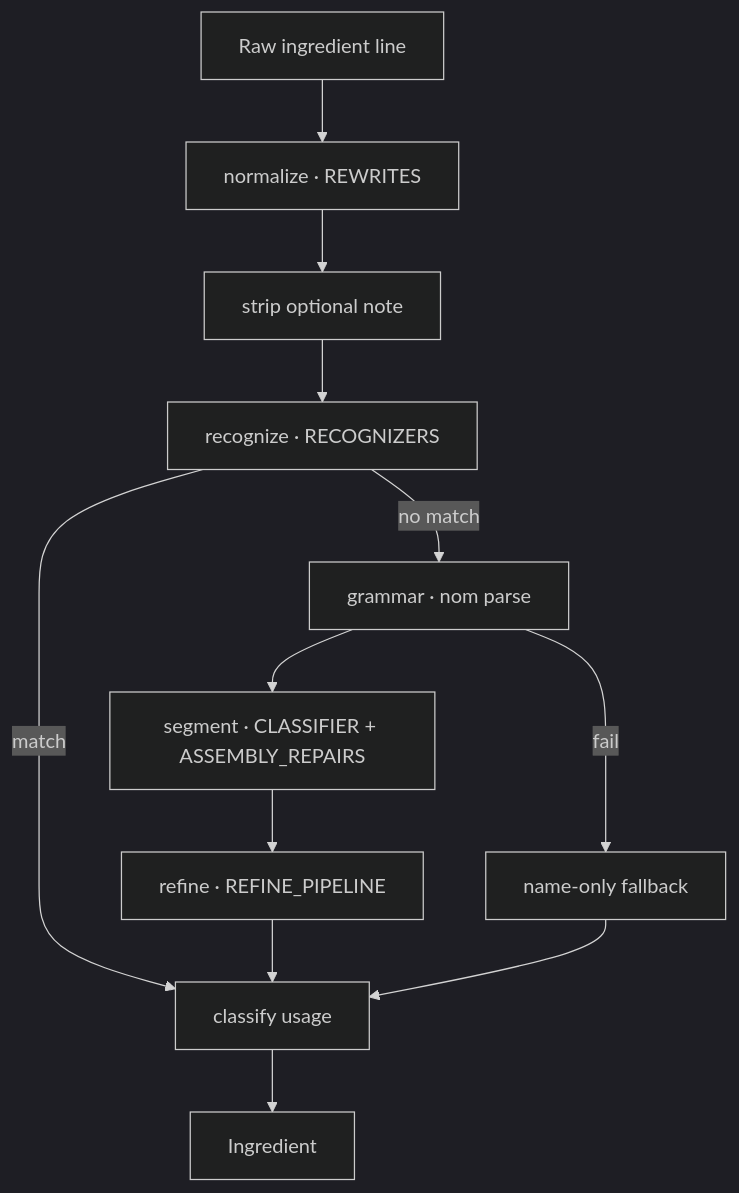
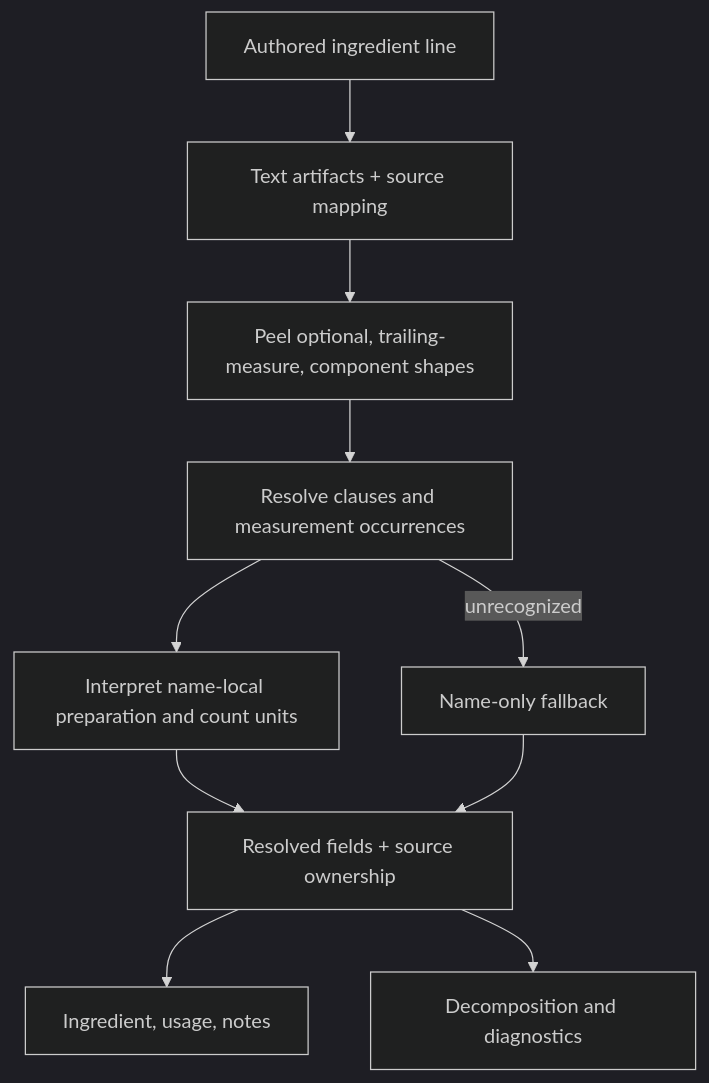
One commit to nickysemenza/ingredient-parser changed the diagram in ingredient-parser/readme.md. Above: the diagram before and after it, drawn with Mermaid (dark theme). The commit also changed other lines of this file and 83 other files, not shown here.

First line of the commit message:
Resolve ingredient structure and unify recipe ingestion (#374)

````diff
--- a/ingredient-parser/readme.md
+++ b/ingredient-parser/readme.md
@@ -22,20 +24,12 @@
 ```mermaid
 flowchart TD
-    input["Raw ingredient line"]
-    normalize["normalize · REWRITES"]
-    optNote["strip optional note"]
-    tryRec["recognize · RECOGNIZERS"]
-    tryCore["grammar · nom parse"]
-    segment["segment · CLASSIFIER + ASSEMBLY_REPAIRS"]
-    refine["refine · REFINE_PIPELINE"]
-    fallback["name-only fallback"]
-    classify["classify usage"]
-    output["Ingredient"]
-
-    input --> normalize --> optNote --> tryRec
-    tryRec -->|match| classify
-    tryRec -->|no match| tryCore
-    tryCore --> segment --> refine --> classify
-    tryCore -->|fail| fallback --> classify
-    classify --> output
+    input["Authored ingredient line"] --> normalize["Text artifacts + source mapping"]
+    normalize --> shapes["Peel optional, trailing-measure, component shapes"]
+    shapes --> resolve["Resolve clauses and measurement occurrences"]
+    resolve --> refine["Interpret name-local preparation and count units"]
+    refine --> result["Resolved fields + source ownership"]
+    resolve -->|unrecognized| fallback["Name-only fallback"]
+    fallback --> result
+    result --> output["Ingredient, usage, notes"]
+    result --> observe["Decomposition and diagnostics"]
 ```
````
